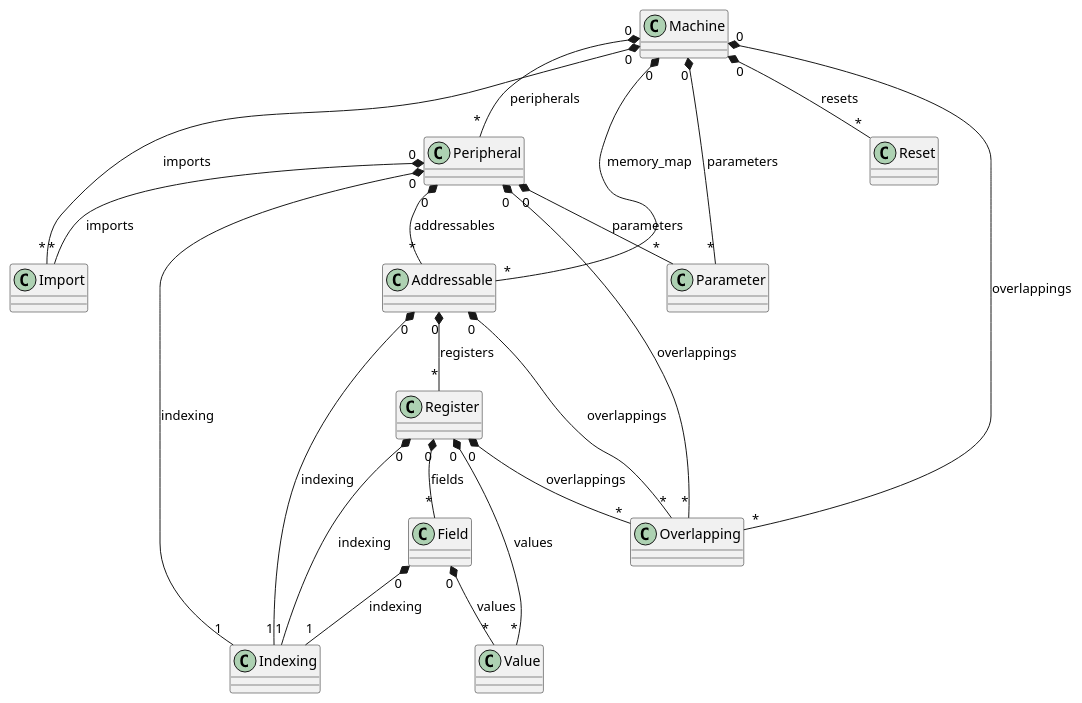
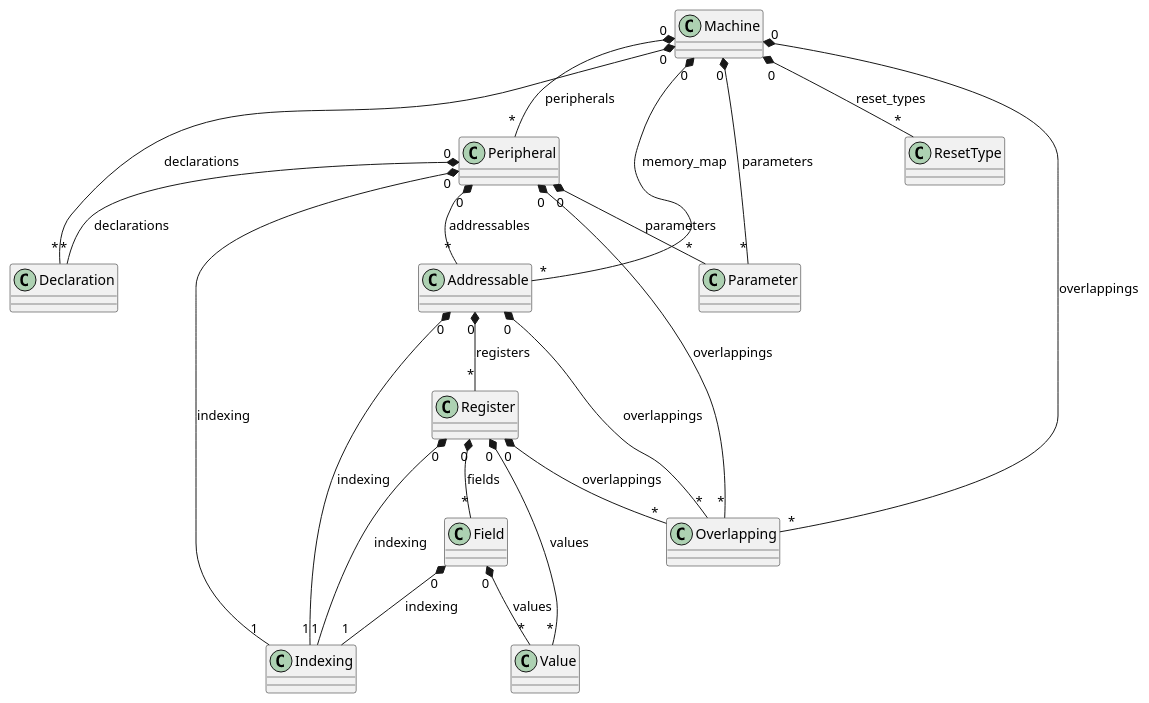
One commit to quintauris/rvbl_core changed the diagram in doc/meta_model.puml. Above: the diagram before and after it, drawn with PlantUML. The commit also changed 22 other files, not shown here.

```diff
--- a/doc/meta_model.puml
+++ b/doc/meta_model.puml
@@ -6,26 +6,26 @@
 @startuml
-Machine "0" *-- "*" Import : "imports"
+Machine "0" *-- "*" Declaration : "declarations"
 Machine "0" *-- "*" Addressable : "memory_map"
 Machine "0" *-- "*" Peripheral : "peripherals"
 Machine "0" *-- "*" Overlapping : "overlappings"
-Machine "0" *-- "*" Reset : "resets"
+Machine "0" *-- "*" ResetType : "reset_types"
 Machine "0" *-- "*" Parameter : "parameters"
 
 Addressable "0" *-- "*" Register : "registers"
 Addressable "0" *-- "*" Overlapping : "overlappings"
 Addressable "0" *-- "1" Indexing : "indexing"
 
 Register "0" *-- "*" Field : "fields"
 Register "0" *-- "*" Value : "values"
 Register "0" *-- "*" Overlapping : "overlappings"
 Register "0" *-- "1" Indexing : "indexing"
 
 Field "0" *-- "*" Value : "values"
 Field "0" *-- "1" Indexing : "indexing"
 
-Peripheral "0" *-- "*" Import : "imports"
+Peripheral "0" *-- "*" Declaration : "declarations"
 Peripheral "0" *-- "*" Addressable : "addressables"
 Peripheral "0" *-- "*" Overlapping : "overlappings"
 Peripheral "0" *-- "*" Parameter : "parameters"
 Peripheral "0" *-- "1" Indexing : "indexing"
 @enduml
```
